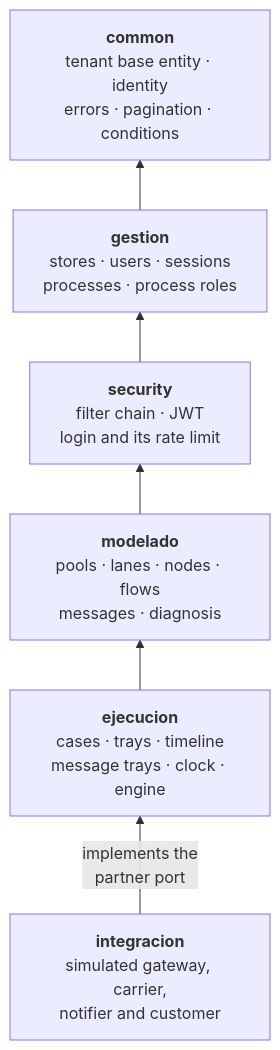
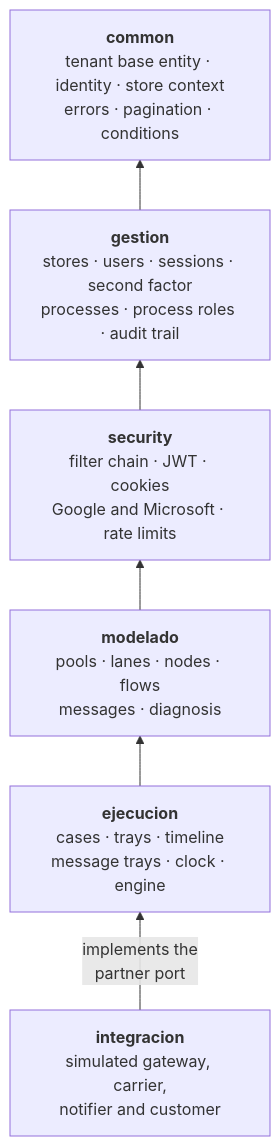
One commit to AndresContreras1/bpmn-process-manager-api changed the third of 3 diagrams in README.md. Above: the diagram before and after it, drawn with Mermaid. The commit also changed other lines of this file, not shown here.

First line of the commit message:
docs: bring the README up to the second factor, OIDC, rate limits, audit trail and row-level security

````diff
--- a/README.md
+++ b/README.md
@@ -85,15 +90,15 @@
 ```mermaid
 flowchart BT
-    common["<b>common</b><br/>tenant base entity · identity<br/>errors · pagination · conditions"]
-    gestion["<b>gestion</b><br/>stores · users · sessions<br/>processes · process roles"]
-    security["<b>security</b><br/>filter chain · JWT<br/>login and its rate limit"]
+    common["<b>common</b><br/>tenant base entity · identity · store context<br/>errors · pagination · conditions"]
+    gestion["<b>gestion</b><br/>stores · users · sessions · second factor<br/>processes · process roles · audit trail"]
+    security["<b>security</b><br/>filter chain · JWT · cookies<br/>Google and Microsoft · rate limits"]
     modelado["<b>modelado</b><br/>pools · lanes · nodes · flows<br/>messages · diagnosis"]
     ejecucion["<b>ejecucion</b><br/>cases · trays · timeline<br/>message trays · clock · engine"]
     integracion["<b>integracion</b><br/>simulated gateway, carrier,<br/>notifier and customer"]
 
     gestion --> common
     security --> gestion
     modelado --> security
     ejecucion --> modelado
     integracion -- "implements the<br/>partner port" --> ejecucion
 ```
````
